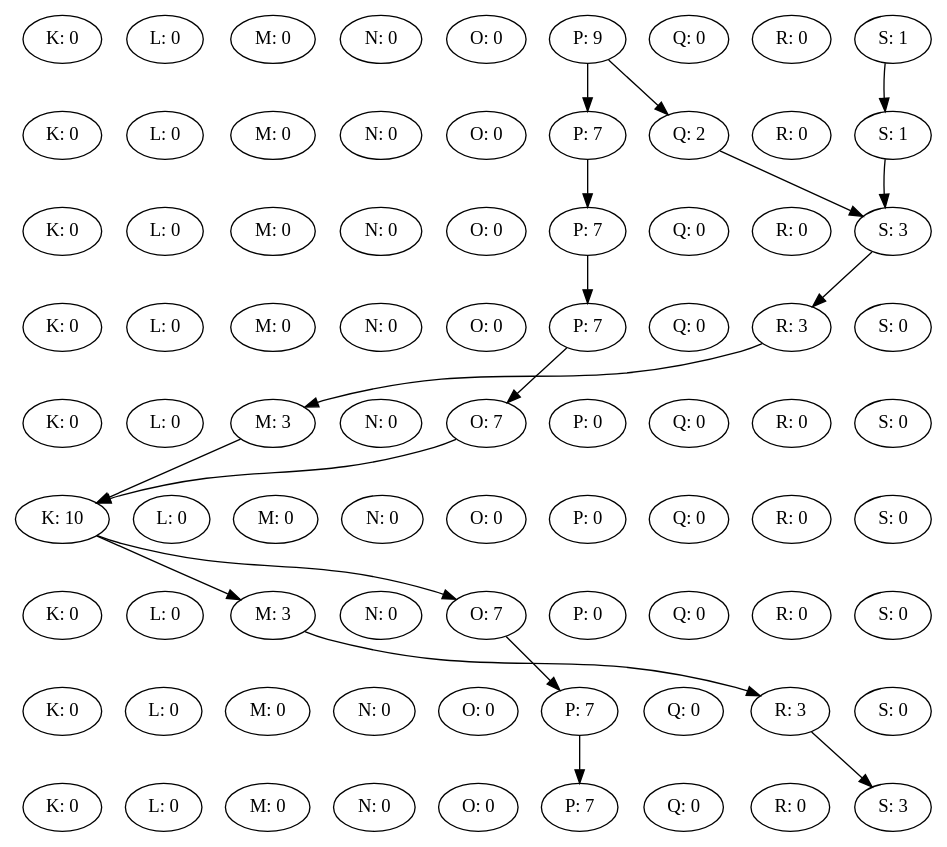
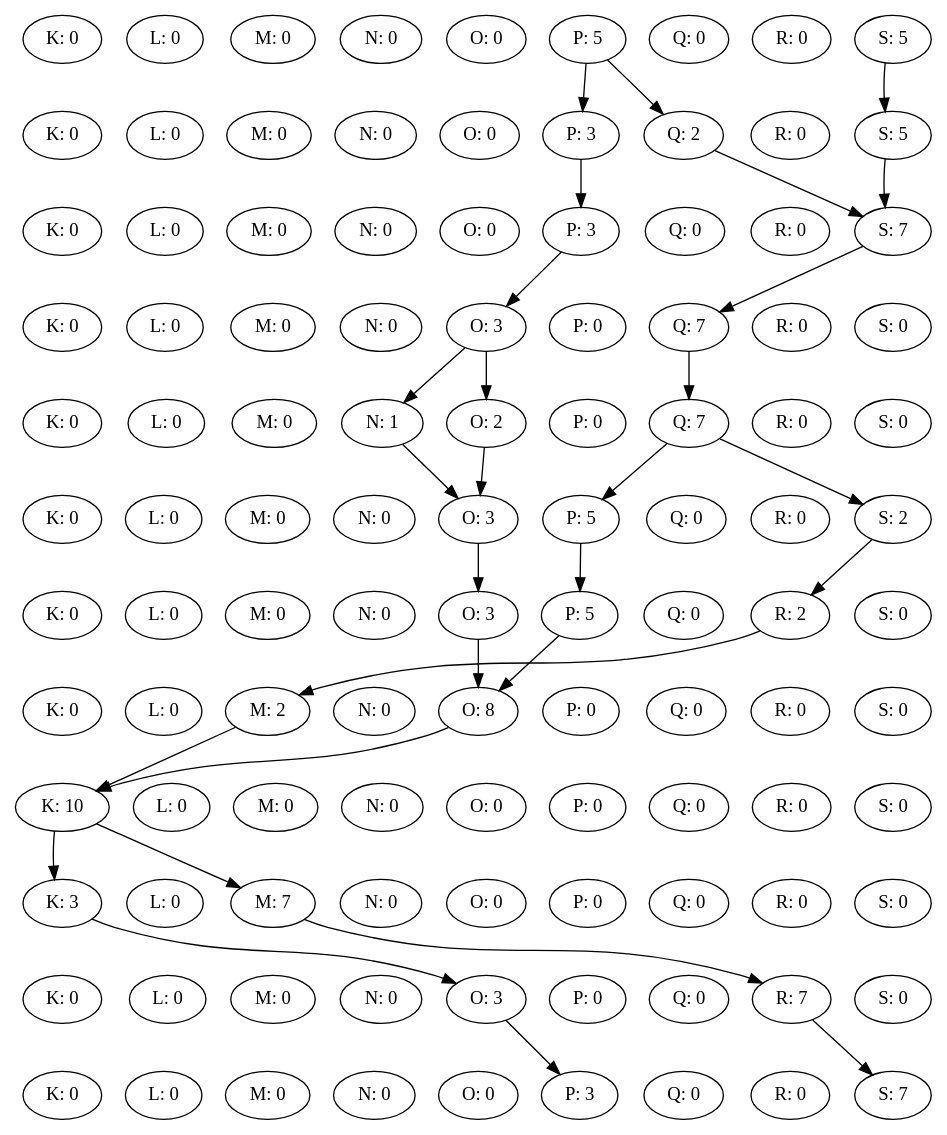
Before and after one commit to TieneSabor/slugs_swarmPlanner: the diagram in Patched.dot, drawn with Graphviz. The commit also changed 16 other files, not shown here.

```diff
--- a/Patched.dot
+++ b/Patched.dot
@@ -1,103 +1,141 @@
 digraph {
 K0 [label="K: 0"];
 L0 [label="L: 0"];
 M0 [label="M: 0"];
 N0 [label="N: 0"];
 O0 [label="O: 0"];
-P0 [label="P: 9"];
+P0 [label="P: 5"];
 Q0 [label="Q: 0"];
 R0 [label="R: 0"];
-S0 [label="S: 1"];
+S0 [label="S: 5"];
 rank = same {K0 -> L0 -> M0 -> N0 -> O0 -> P0 -> Q0 -> R0 -> S0 [style=invis] }K1 [label="K: 0"];
 L1 [label="L: 0"];
 M1 [label="M: 0"];
 N1 [label="N: 0"];
 O1 [label="O: 0"];
-P1 [label="P: 7"];
+P1 [label="P: 3"];
 Q1 [label="Q: 2"];
 R1 [label="R: 0"];
-S1 [label="S: 1"];
+S1 [label="S: 5"];
 rank = same {K1 -> L1 -> M1 -> N1 -> O1 -> P1 -> Q1 -> R1 -> S1 [style=invis] }P0 -> P1
 P0 -> Q1
 S0 -> S1
 K2 [label="K: 0"];
 L2 [label="L: 0"];
 M2 [label="M: 0"];
 N2 [label="N: 0"];
 O2 [label="O: 0"];
-P2 [label="P: 7"];
+P2 [label="P: 3"];
 Q2 [label="Q: 0"];
 R2 [label="R: 0"];
-S2 [label="S: 3"];
+S2 [label="S: 7"];
 rank = same {K2 -> L2 -> M2 -> N2 -> O2 -> P2 -> Q2 -> R2 -> S2 [style=invis] }P1 -> P2
 Q1 -> S2
 S1 -> S2
 K3 [label="K: 0"];
 L3 [label="L: 0"];
 M3 [label="M: 0"];
 N3 [label="N: 0"];
-O3 [label="O: 0"];
-P3 [label="P: 7"];
-Q3 [label="Q: 0"];
-R3 [label="R: 3"];
+O3 [label="O: 3"];
+P3 [label="P: 0"];
+Q3 [label="Q: 7"];
+R3 [label="R: 0"];
 S3 [label="S: 0"];
-rank = same {K3 -> L3 -> M3 -> N3 -> O3 -> P3 -> Q3 -> R3 -> S3 [style=invis] }P2 -> P3
-S2 -> R3
+rank = same {K3 -> L3 -> M3 -> N3 -> O3 -> P3 -> Q3 -> R3 -> S3 [style=invis] }P2 -> O3
+S2 -> Q3
 K4 [label="K: 0"];
 L4 [label="L: 0"];
-M4 [label="M: 3"];
-N4 [label="N: 0"];
-O4 [label="O: 7"];
+M4 [label="M: 0"];
+N4 [label="N: 1"];
+O4 [label="O: 2"];
 P4 [label="P: 0"];
-Q4 [label="Q: 0"];
+Q4 [label="Q: 7"];
 R4 [label="R: 0"];
 S4 [label="S: 0"];
-rank = same {K4 -> L4 -> M4 -> N4 -> O4 -> P4 -> Q4 -> R4 -> S4 [style=invis] }P3 -> O4
-R3 -> M4
-K5 [label="K: 10"];
+rank = same {K4 -> L4 -> M4 -> N4 -> O4 -> P4 -> Q4 -> R4 -> S4 [style=invis] }O3 -> N4
+O3 -> O4
+Q3 -> Q4
+K5 [label="K: 0"];
 L5 [label="L: 0"];
 M5 [label="M: 0"];
 N5 [label="N: 0"];
-O5 [label="O: 0"];
-P5 [label="P: 0"];
+O5 [label="O: 3"];
+P5 [label="P: 5"];
 Q5 [label="Q: 0"];
 R5 [label="R: 0"];
-S5 [label="S: 0"];
-rank = same {K5 -> L5 -> M5 -> N5 -> O5 -> P5 -> Q5 -> R5 -> S5 [style=invis] }M4 -> K5
-O4 -> K5
+S5 [label="S: 2"];
+rank = same {K5 -> L5 -> M5 -> N5 -> O5 -> P5 -> Q5 -> R5 -> S5 [style=invis] }N4 -> O5
+O4 -> O5
+Q4 -> P5
+Q4 -> S5
 K6 [label="K: 0"];
 L6 [label="L: 0"];
-M6 [label="M: 3"];
+M6 [label="M: 0"];
 N6 [label="N: 0"];
-O6 [label="O: 7"];
-P6 [label="P: 0"];
+O6 [label="O: 3"];
+P6 [label="P: 5"];
 Q6 [label="Q: 0"];
-R6 [label="R: 0"];
+R6 [label="R: 2"];
 S6 [label="S: 0"];
-rank = same {K6 -> L6 -> M6 -> N6 -> O6 -> P6 -> Q6 -> R6 -> S6 [style=invis] }K5 -> M6
-K5 -> O6
+rank = same {K6 -> L6 -> M6 -> N6 -> O6 -> P6 -> Q6 -> R6 -> S6 [style=invis] }O5 -> O6
+P5 -> P6
+S5 -> R6
 K7 [label="K: 0"];
 L7 [label="L: 0"];
-M7 [label="M: 0"];
+M7 [label="M: 2"];
 N7 [label="N: 0"];
-O7 [label="O: 0"];
-P7 [label="P: 7"];
+O7 [label="O: 8"];
+P7 [label="P: 0"];
 Q7 [label="Q: 0"];
-R7 [label="R: 3"];
+R7 [label="R: 0"];
 S7 [label="S: 0"];
-rank = same {K7 -> L7 -> M7 -> N7 -> O7 -> P7 -> Q7 -> R7 -> S7 [style=invis] }M6 -> R7
-O6 -> P7
-K8 [label="K: 0"];
+rank = same {K7 -> L7 -> M7 -> N7 -> O7 -> P7 -> Q7 -> R7 -> S7 [style=invis] }O6 -> O7
+P6 -> O7
+R6 -> M7
+K8 [label="K: 10"];
 L8 [label="L: 0"];
 M8 [label="M: 0"];
 N8 [label="N: 0"];
 O8 [label="O: 0"];
-P8 [label="P: 7"];
+P8 [label="P: 0"];
 Q8 [label="Q: 0"];
 R8 [label="R: 0"];
-S8 [label="S: 3"];
-rank = same {K8 -> L8 -> M8 -> N8 -> O8 -> P8 -> Q8 -> R8 -> S8 [style=invis] }P7 -> P8
-R7 -> S8
-K0 -> K1 -> K2 -> K3 -> K4 -> K5 -> K6 -> K7 -> K8 [ style=invis; weight=1000 ]
-S0 -> S1 -> S2 -> S3 -> S4 -> S5 -> S6 -> S7 -> S8 [ style=invis; weight=1000 ]
+S8 [label="S: 0"];
+rank = same {K8 -> L8 -> M8 -> N8 -> O8 -> P8 -> Q8 -> R8 -> S8 [style=invis] }M7 -> K8
+O7 -> K8
+K9 [label="K: 3"];
+L9 [label="L: 0"];
+M9 [label="M: 7"];
+N9 [label="N: 0"];
+O9 [label="O: 0"];
+P9 [label="P: 0"];
+Q9 [label="Q: 0"];
+R9 [label="R: 0"];
+S9 [label="S: 0"];
+rank = same {K9 -> L9 -> M9 -> N9 -> O9 -> P9 -> Q9 -> R9 -> S9 [style=invis] }K8 -> K9
+K8 -> M9
+K10 [label="K: 0"];
+L10 [label="L: 0"];
+M10 [label="M: 0"];
+N10 [label="N: 0"];
+O10 [label="O: 3"];
+P10 [label="P: 0"];
+Q10 [label="Q: 0"];
+R10 [label="R: 7"];
+S10 [label="S: 0"];
+rank = same {K10 -> L10 -> M10 -> N10 -> O10 -> P10 -> Q10 -> R10 -> S10 [style=invis] }K9 -> O10
+M9 -> R10
+K11 [label="K: 0"];
+L11 [label="L: 0"];
+M11 [label="M: 0"];
+N11 [label="N: 0"];
+O11 [label="O: 0"];
+P11 [label="P: 3"];
+Q11 [label="Q: 0"];
+R11 [label="R: 0"];
+S11 [label="S: 7"];
+rank = same {K11 -> L11 -> M11 -> N11 -> O11 -> P11 -> Q11 -> R11 -> S11 [style=invis] }O10 -> P11
+R10 -> S11
+K0 -> K1 -> K2 -> K3 -> K4 -> K5 -> K6 -> K7 -> K8 -> K9 -> K10 -> K11 [ style=invis; weight=1000 ]
+S0 -> S1 -> S2 -> S3 -> S4 -> S5 -> S6 -> S7 -> S8 -> S9 -> S10 -> S11 [ style=invis; weight=1000 ]
 }
```
